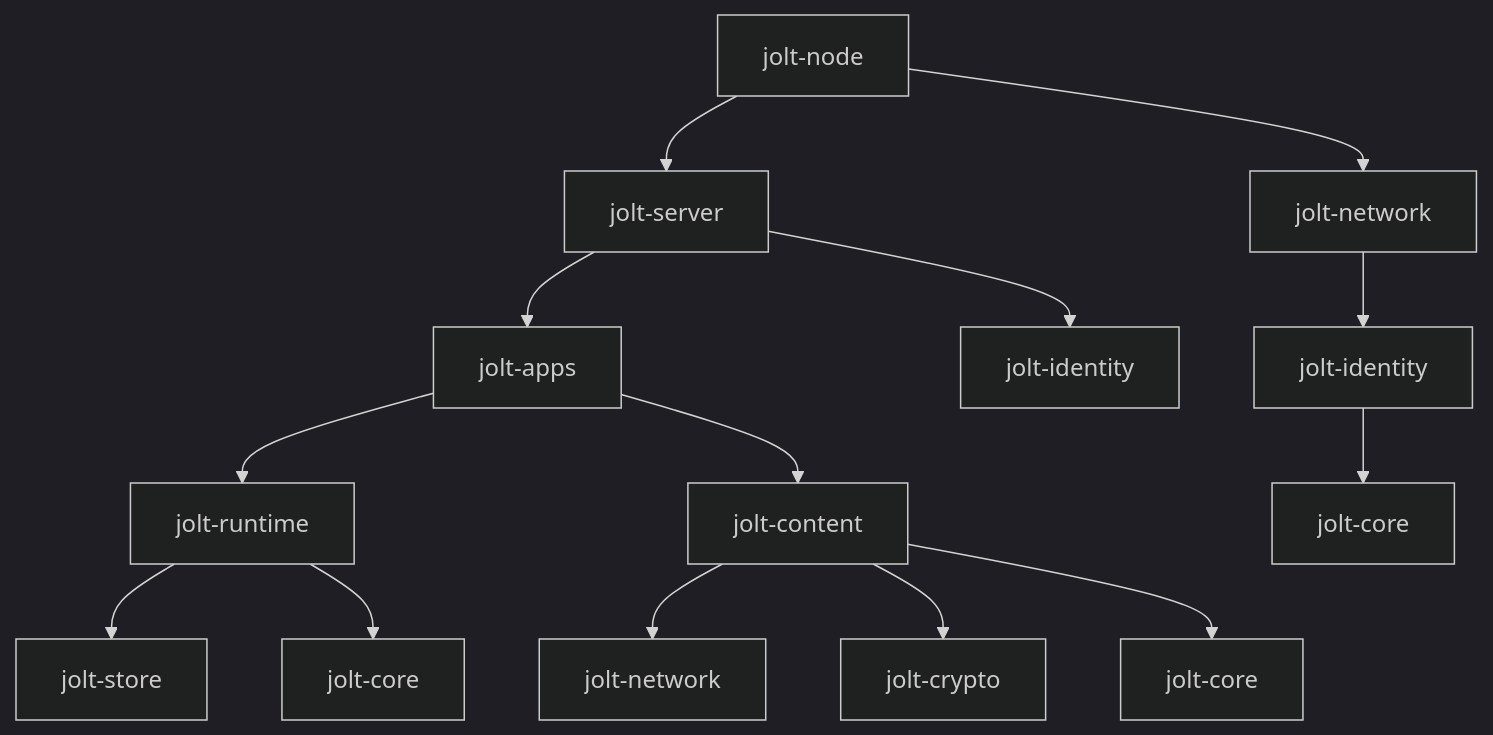
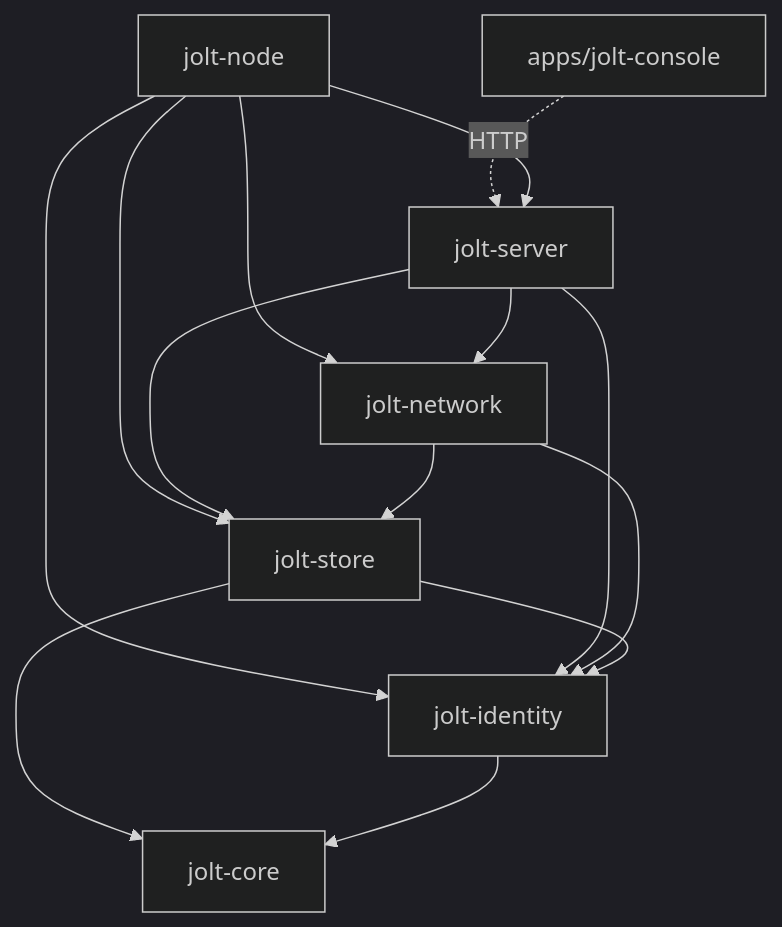
One commit to alexanderwanyoike/jolt changed the second of 2 diagrams in docs/01-architecture.md. Above: the diagram before and after it, drawn with Mermaid (dark theme). The commit also changed other lines of this file and 9 other files, not shown here.

````diff
--- a/docs/01-architecture.md
+++ b/docs/01-architecture.md
@@ -80,21 +74,20 @@
 ```mermaid
 graph TD
-    node[jolt-node] --> server[jolt-server]
-    node --> net2[jolt-network]
+    console[apps/jolt-console] -.HTTP.-> server[jolt-server]
 
-    server --> apps[jolt-apps]
-    server --> id1[jolt-identity]
+    node[jolt-node] --> server
+    node --> net[jolt-network]
+    node --> store[jolt-store]
+    node --> id[jolt-identity]
 
-    apps --> rt[jolt-runtime]
-    apps --> content[jolt-content]
+    server --> net
+    server --> store
+    server --> id
 
-    rt --> store[jolt-store]
-    rt --> core1[jolt-core]
+    net --> store
+    net --> id
 
-    content --> net1[jolt-network]
-    content --> crypto[jolt-crypto]
-    content --> core2[jolt-core]
-
-    net2 --> id2[jolt-identity]
-    id2 --> core3[jolt-core]
+    store --> id
+    store --> core[jolt-core]
+    id --> core
 ```
````
